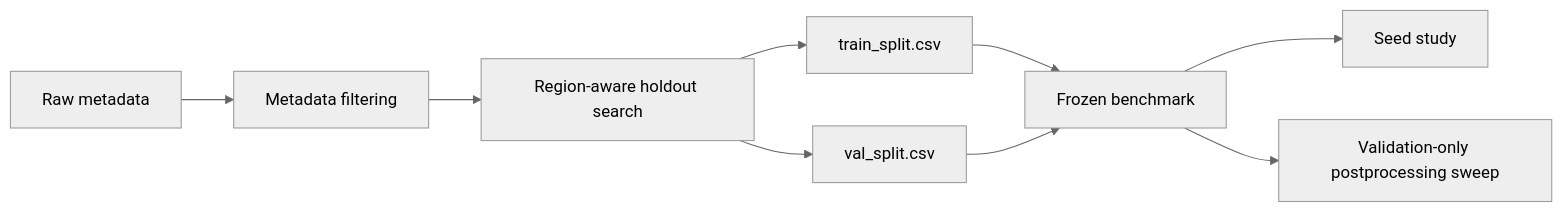
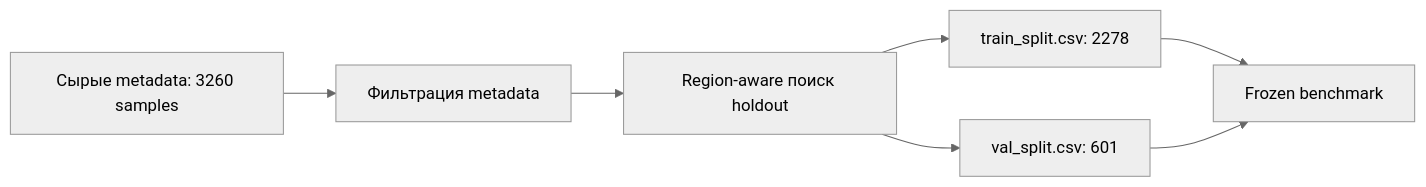
The second of 2 diagrams in 03_multiclass_segmentation_deeplab/README.md (MataNerdy/Geodata_Archaeology_CV), drawn with Mermaid (neutral theme) before and after one commit. The commit also changed other lines of this file and 74 other files, not shown here.

````diff
--- a/03_multiclass_segmentation_deeplab/README.md
+++ b/03_multiclass_segmentation_deeplab/README.md
@@ -127,11 +175,9 @@
 ```mermaid
 flowchart LR
-    A["Raw metadata"] --> B["Metadata filtering"]
-    B --> C["Region-aware holdout search"]
-    C --> D["train_split.csv"]
-    C --> E["val_split.csv"]
+    A["Сырые metadata: 3260 samples"] --> B["Фильтрация metadata"]
+    B --> C["Region-aware поиск holdout"]
+    C --> D["train_split.csv: 2278"]
+    C --> E["val_split.csv: 601"]
     D --> F["Frozen benchmark"]
     E --> F
-    F --> G["Seed study"]
-    F --> H["Validation-only postprocessing sweep"]
 ```
````
